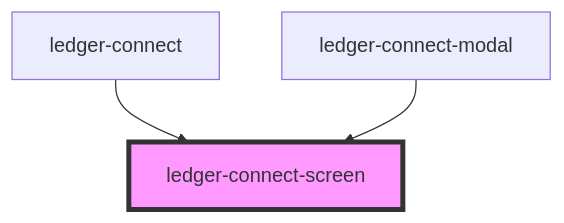
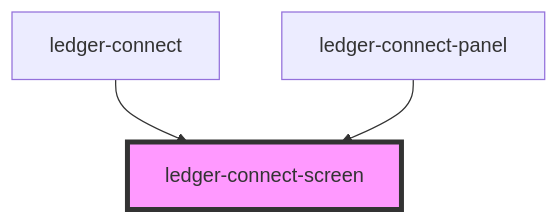
The diagram in src/components/functional/ledger-connect-components/components/ledger-connect-screen/readme.md (multiversx/mx-sdk-dapp-ui), drawn with Mermaid before and after one commit. The commit also changed other lines of this file and 31 other files, not shown here.

````diff
--- a/src/components/functional/ledger-connect-components/components/ledger-connect-screen/readme.md
+++ b/src/components/functional/ledger-connect-components/components/ledger-connect-screen/readme.md
@@ -30,6 +30,6 @@
 ```mermaid
 graph TD;
   ledger-connect --> ledger-connect-screen
-  ledger-connect-modal --> ledger-connect-screen
+  ledger-connect-panel --> ledger-connect-screen
   style ledger-connect-screen fill:#f9f,stroke:#333,stroke-width:4px
 ```
````
